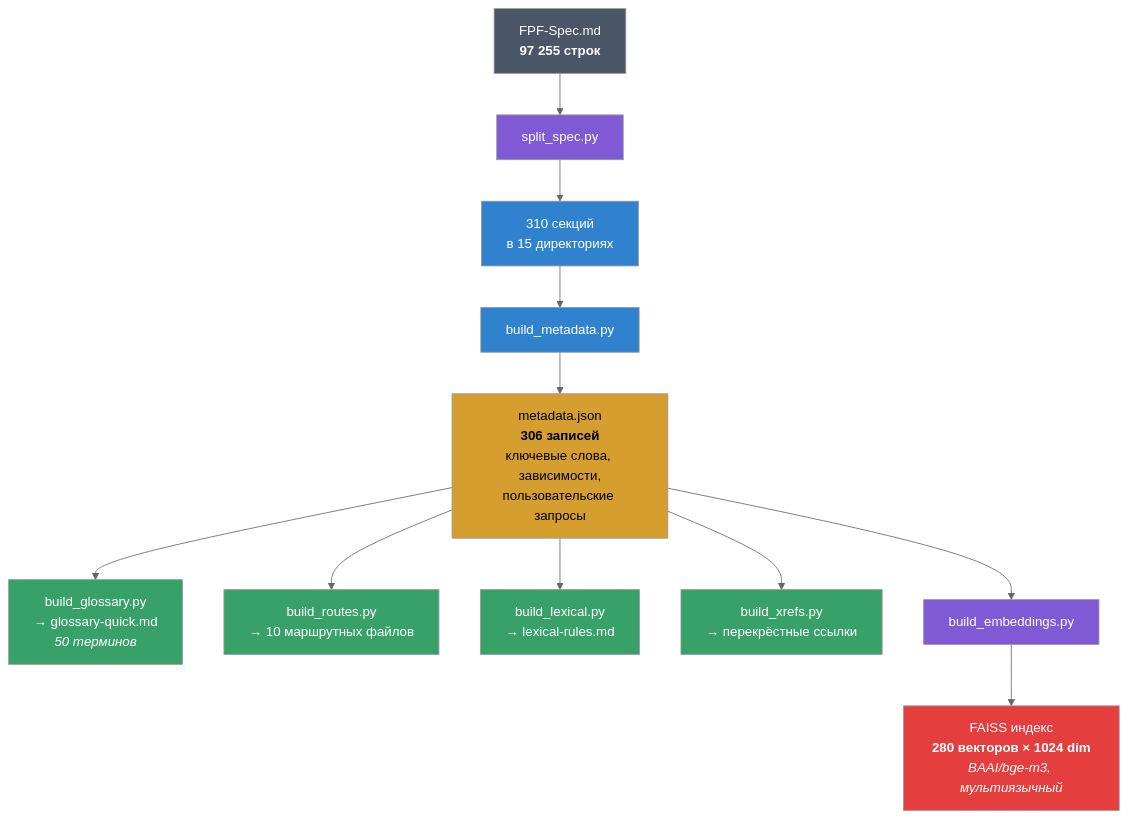
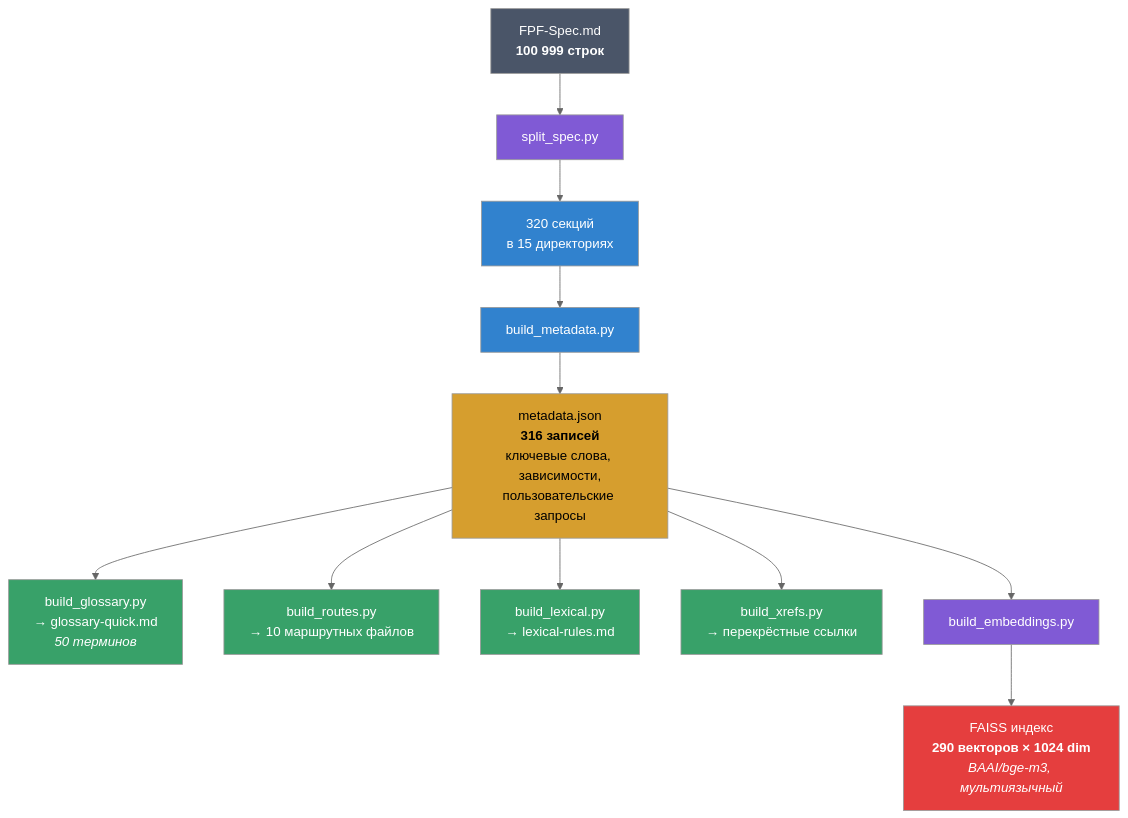
One commit to pokrovskiyv/FPF-agent changed the fourth of 4 diagrams in Readme.md. Above: the diagram before and after it, drawn with Mermaid (neutral theme). The commit also changed other lines of this file and 2 other files, not shown here.

Commit message:
fix: posix-пути в metadata.json при сборке на Windows + свежая статистика в доках

````diff
--- a/Readme.md
+++ b/Readme.md
@@ -217,25 +217,25 @@
 ```mermaid
 graph TD
-    Spec["FPF-Spec.md<br/><b>97 255 строк</b>"] --> Split["split_spec.py"]
-    Split --> Sections["310 секций<br/>в 15 директориях"]
+    Spec["FPF-Spec.md<br/><b>100 999 строк</b>"] --> Split["split_spec.py"]
+    Split --> Sections["320 секций<br/>в 15 директориях"]
     Sections --> Meta["build_metadata.py"]
-    Meta --> MetaJSON["metadata.json<br/><b>306 записей</b><br/>ключевые слова, зависимости,<br/>пользовательские запросы"]
+    Meta --> MetaJSON["metadata.json<br/><b>316 записей</b><br/>ключевые слова, зависимости,<br/>пользовательские запросы"]
     MetaJSON --> Gloss["build_glossary.py<br/>→ glossary-quick.md<br/><i>50 терминов</i>"]
     MetaJSON --> Routes["build_routes.py<br/>→ 10 маршрутных файлов"]
     MetaJSON --> Lex["build_lexical.py<br/>→ lexical-rules.md"]
     MetaJSON --> XRef["build_xrefs.py<br/>→ перекрёстные ссылки"]
     MetaJSON --> Emb["build_embeddings.py"]
-    Emb --> FAISS["FAISS индекс<br/><b>280 векторов × 1024 dim</b><br/><i>BAAI/bge-m3, мультиязычный</i>"]
+    Emb --> FAISS["FAISS индекс<br/><b>290 векторов × 1024 dim</b><br/><i>BAAI/bge-m3, мультиязычный</i>"]
 
     style Spec fill:#4a5568,color:#fff
     style Split fill:#805ad5,color:#fff
     style Sections fill:#3182ce,color:#fff
     style Meta fill:#3182ce,color:#fff
     style MetaJSON fill:#d69e2e,color:#000
     style Gloss fill:#38a169,color:#fff
     style Routes fill:#38a169,color:#fff
     style Lex fill:#38a169,color:#fff
     style XRef fill:#38a169,color:#fff
     style Emb fill:#805ad5,color:#fff
     style FAISS fill:#e53e3e,color:#fff
 ```
````
